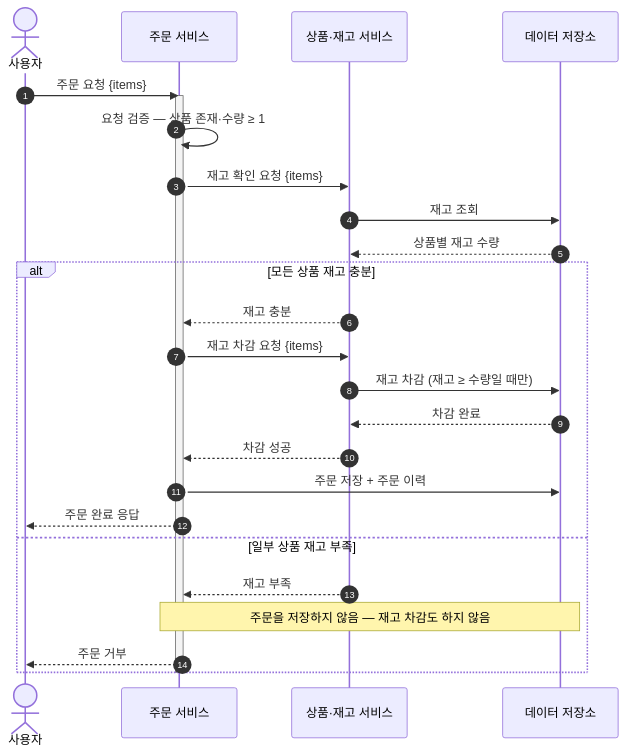
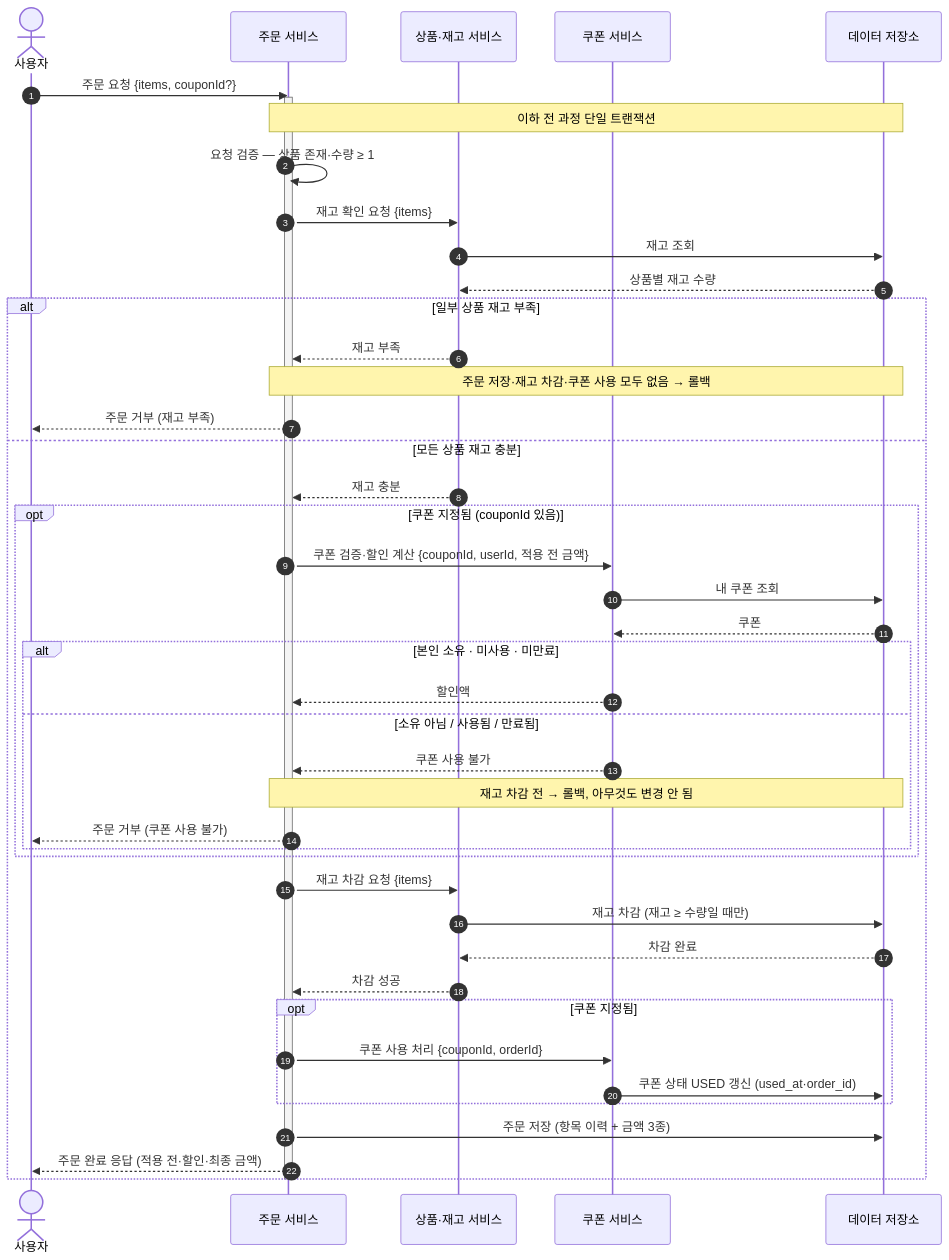
One commit to vvon11/loop-pack-be-l2-vol4-java changed the first of 4 diagrams in docs/week2/02-sequence-diagrams.md. Above: the diagram before and after it, drawn with Mermaid. The commit also changed other lines of this file and 4 other files, not shown here.

````diff
--- a/docs/week2/02-sequence-diagrams.md
+++ b/docs/week2/02-sequence-diagrams.md
@@ -28,30 +29,52 @@
 ```mermaid
 sequenceDiagram
     autonumber
     actor U as 사용자
     participant O as 주문 서비스
     participant P as 상품·재고 서비스
+    participant C as 쿠폰 서비스
     participant DB as 데이터 저장소
 
-    U->>O: 주문 요청 {items}
+    U->>O: 주문 요청 {items, couponId?}
     activate O
+    Note over O,DB: 이하 전 과정 단일 트랜잭션
     O->>O: 요청 검증 — 상품 존재·수량 ≥ 1
     O->>P: 재고 확인 요청 {items}
     P->>DB: 재고 조회
     DB-->>P: 상품별 재고 수량
 
-    alt 모든 상품 재고 충분
+    alt 일부 상품 재고 부족
+        P-->>O: 재고 부족
+        Note over O,DB: 주문 저장·재고 차감·쿠폰 사용 모두 없음 → 롤백
+        O-->>U: 주문 거부 (재고 부족)
+    else 모든 상품 재고 충분
         P-->>O: 재고 충분
+
+        opt 쿠폰 지정됨 (couponId 있음)
+            O->>C: 쿠폰 검증·할인 계산 {couponId, userId, 적용 전 금액}
+            C->>DB: 내 쿠폰 조회
+            DB-->>C: 쿠폰
+            alt 본인 소유 · 미사용 · 미만료
+                C-->>O: 할인액
+            else 소유 아님 / 사용됨 / 만료됨
+                C-->>O: 쿠폰 사용 불가
+                Note over O,DB: 재고 차감 전 → 롤백, 아무것도 변경 안 됨
+                O-->>U: 주문 거부 (쿠폰 사용 불가)
+            end
+        end
+
         O->>P: 재고 차감 요청 {items}
         P->>DB: 재고 차감 (재고 ≥ 수량일 때만)
         DB-->>P: 차감 완료
         P-->>O: 차감 성공
-        O->>DB: 주문 저장 + 주문 이력
-        O-->>U: 주문 완료 응답
-    else 일부 상품 재고 부족
-        P-->>O: 재고 부족
-        Note over O,DB: 주문을 저장하지 않음 — 재고 차감도 하지 않음
-        O-->>U: 주문 거부
+
+        opt 쿠폰 지정됨
+            O->>C: 쿠폰 사용 처리 {couponId, orderId}
+            C->>DB: 쿠폰 상태 USED 갱신 (used_at·order_id)
+        end
+
+        O->>DB: 주문 저장 (항목 이력 + 금액 3종)
+        O-->>U: 주문 완료 응답 (적용 전·할인·최종 금액)
     end
     deactivate O
 ```
````
